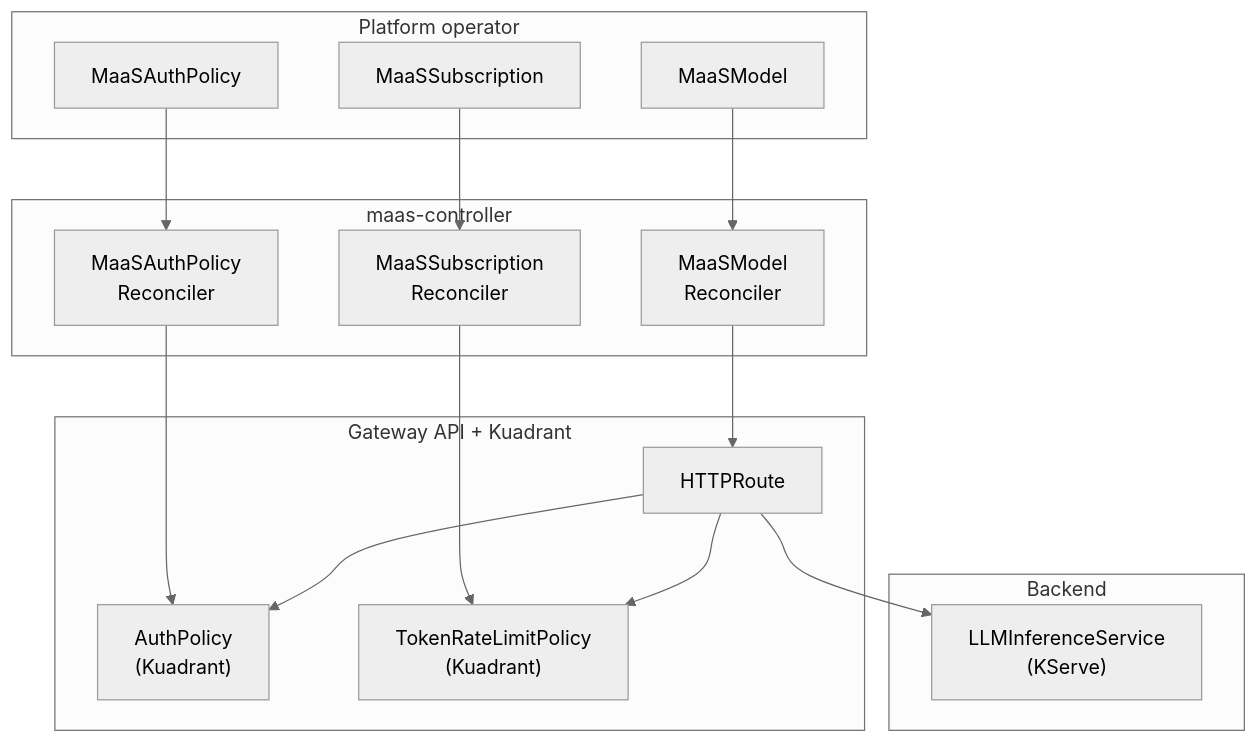
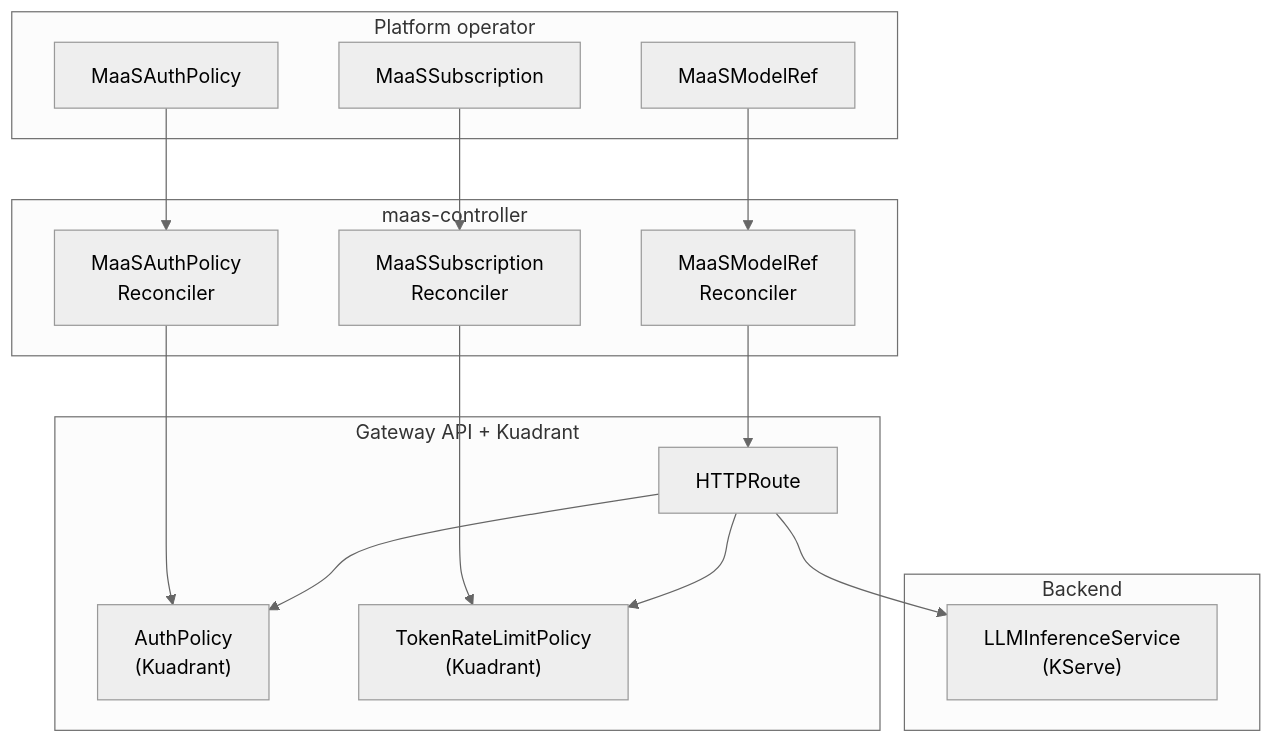
One commit to opendatahub-io/models-as-a-service changed the first of 6 diagrams in docs/content/configuration-and-management/maas-controller-overview.md. Above: the diagram before and after it, drawn with Mermaid (neutral theme). The commit also changed other lines of this file and 44 other files, not shown here.

First line of the commit message:
Rename MaaSModel CRD to MaaSModelRef

````diff
--- a/docs/content/configuration-and-management/maas-controller-overview.md
+++ b/docs/content/configuration-and-management/maas-controller-overview.md
@@ -21,36 +21,36 @@
 ```mermaid
 flowchart TB
     subgraph Operator["Platform operator"]
-        MaaSModel["MaaSModel"]
+        MaaSModelRef["MaaSModelRef"]
         MaaSAuthPolicy["MaaSAuthPolicy"]
         MaaSSubscription["MaaSSubscription"]
     end
 
     subgraph Controller["maas-controller"]
-        ModelReconciler["MaaSModel\nReconciler"]
+        ModelReconciler["MaaSModelRef\nReconciler"]
         AuthReconciler["MaaSAuthPolicy\nReconciler"]
         SubReconciler["MaaSSubscription\nReconciler"]
     end
 
     subgraph GatewayStack["Gateway API + Kuadrant"]
         HTTPRoute["HTTPRoute"]
         AuthPolicy["AuthPolicy\n(Kuadrant)"]
         TokenRateLimitPolicy["TokenRateLimitPolicy\n(Kuadrant)"]
     end
 
     subgraph Backend["Backend"]
         LLMIS["LLMInferenceService\n(KServe)"]
     end
 
-    MaaSModel --> ModelReconciler
+    MaaSModelRef --> ModelReconciler
     MaaSAuthPolicy --> AuthReconciler
     MaaSSubscription --> SubReconciler
 
     ModelReconciler --> HTTPRoute
     AuthReconciler --> AuthPolicy
     SubReconciler --> TokenRateLimitPolicy
 
     HTTPRoute --> AuthPolicy
     HTTPRoute --> TokenRateLimitPolicy
     HTTPRoute --> LLMIS
 ```
````
